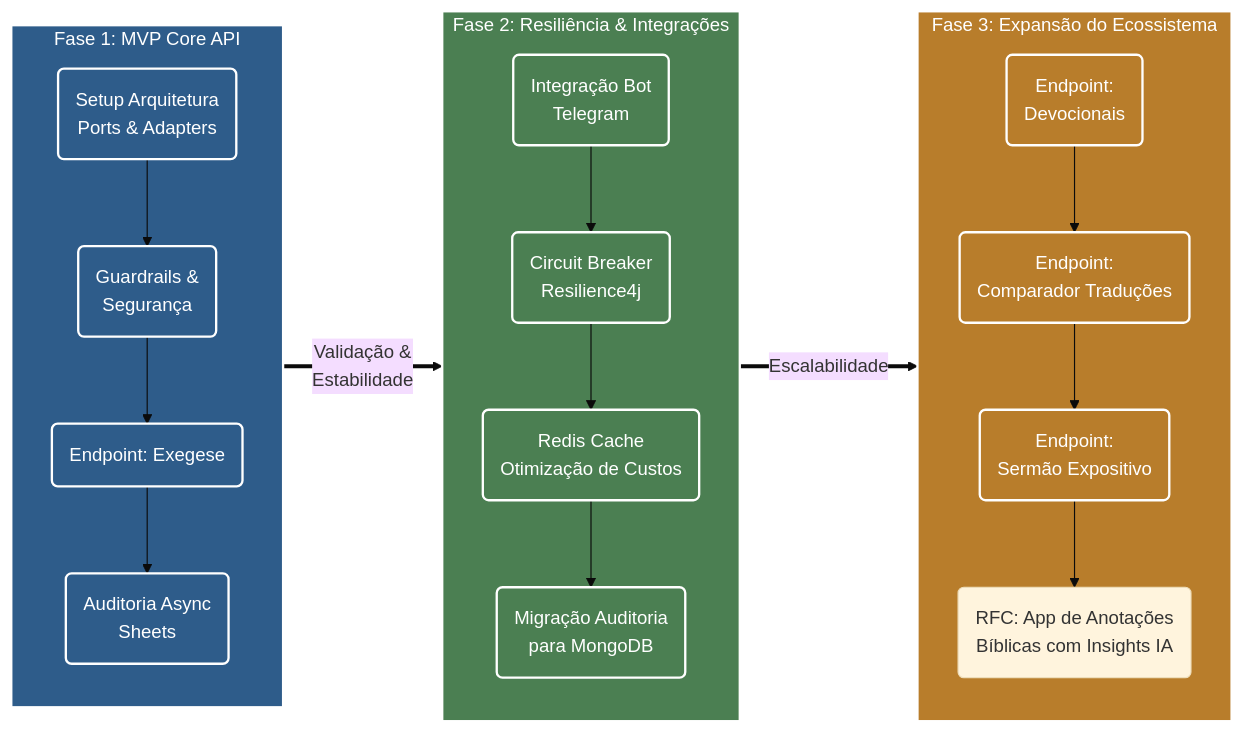
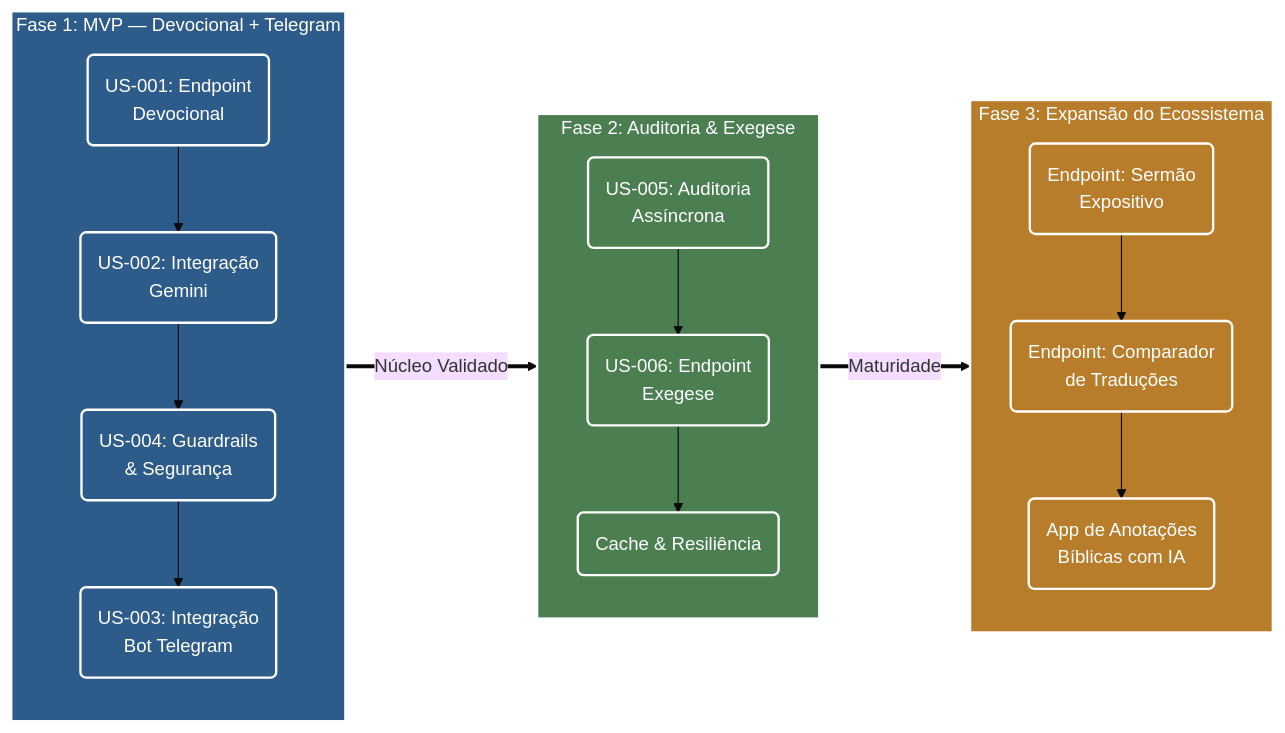
The diagram in docs/product.md (razuoss/farol-api), drawn with Mermaid (base theme) before and after one commit. The commit also changed other lines of this file and 19 other files, not shown here.

````diff
--- a/docs/product.md
+++ b/docs/product.md
@@ -135,40 +226,35 @@
 ```mermaid
+---
+id: farol-da-fe-product-roadmap
+---
 flowchart LR
-    %% Definição de Cores
     classDef fase1 fill:#2e5c8a,stroke:#fff,stroke-width:2px,color:#fff;
     classDef fase2 fill:#4b7f52,stroke:#fff,stroke-width:2px,color:#fff;
     classDef fase3 fill:#b87d2b,stroke:#fff,stroke-width:2px,color:#fff;
     
-    %% Fase 1
-    subgraph F1 [Fase 1: MVP Core API]
+    subgraph F1 ["Fase 1: MVP — Devocional + Telegram"]
         direction TB
-        A(Setup Arquitetura<br/>Ports & Adapters) --> B(Guardrails &<br/>Segurança)
-        B --> C(Endpoint: Exegese)
-        C --> D(Auditoria Async<br/>Sheets)
+        A("US-001: Endpoint<br/>Devocional") --> B("US-002: Integração<br/>Gemini")
+        B --> C("US-004: Guardrails<br/>& Segurança")
+        C --> D("US-003: Integração<br/>Bot Telegram")
     end
     
-    %% Fase 2
-    subgraph F2 [Fase 2: Resiliência & Integrações]
+    subgraph F2 ["Fase 2: Auditoria & Exegese"]
         direction TB
-        F(Integração Bot<br/>Telegram) --> G(Circuit Breaker<br/>Resilience4j)
-        G --> H(Redis Cache<br/>Otimização de Custos)
-        H --> I(Migração Auditoria<br/>para MongoDB)
+        E("US-005: Auditoria<br/>Assíncrona") --> F("US-006: Endpoint<br/>Exegese")
+        F --> G("Cache & Resiliência")
     end
     
-    %% Fase 3
-    subgraph F3 [Fase 3: Expansão do Ecossistema]
+    subgraph F3 ["Fase 3: Expansão do Ecossistema"]
         direction TB
-        J(Endpoint:<br/>Devocionais) --> K(Endpoint:<br/>Comparador de Traduções)
-        K(Endpoint:<br/>Comparador Traduções) --> L(Endpoint:<br/>Sermão Expositivo)
-        L --> M(RFC: App de Anotações<br/>Bíblicas com Insights IA)
+        H("Endpoint: Sermão<br/>Expositivo") --> I("Endpoint: Comparador<br/>de Traduções")
+        I --> J("App de Anotações<br/>Bíblicas com IA")
     end
 
-    %% Conexões
-    F1 ==>|Validação &<br/>Estabilidade| F2
-    F2 ==>|Escalabilidade| F3
+    F1 ==>|Núcleo Validado| F2
+    F2 ==>|Maturidade| F3
 
-    %% Aplicação de Estilos
-    class F1,A,B,C,D,E fase1;
-    class F2,F,G,H,I fase2;
-    class F3,J,K,L fase3;
+    class F1,A,B,C,D fase1;
+    class F2,E,F,G fase2;
+    class F3,H,I,J fase3;
 ```
````
